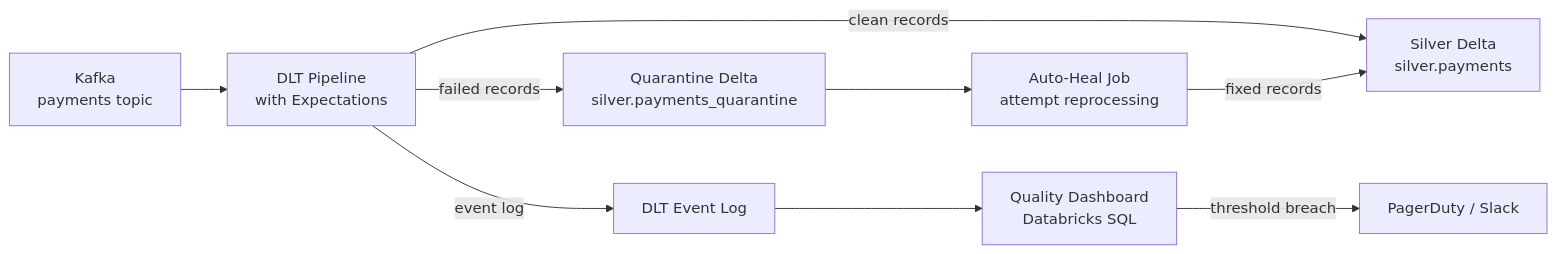
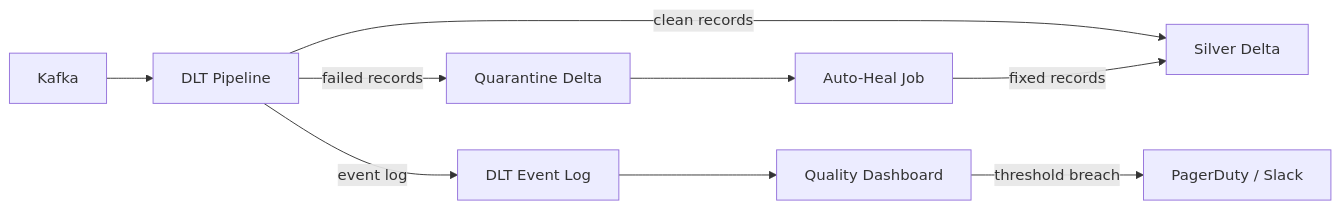
The diagram in 10-scenarios/05-streaming-quality-pipeline.md (gcmishra7/data-engineering-helper), drawn with Mermaid before and after one commit. The commit also changed other lines of this file and 57 other files, not shown here.

First line of the commit message:
Shorten mermaid node labels to fix text truncation on GitHub

````diff
--- a/10-scenarios/05-streaming-quality-pipeline.md
+++ b/10-scenarios/05-streaming-quality-pipeline.md
@@ -10,11 +10,11 @@
 ```mermaid
 graph LR
-    K[Kafka<br/>payments topic] --> DLT[DLT Pipeline<br/>with Expectations]
-    DLT -->|clean records| S[Silver Delta<br/>silver.payments]
-    DLT -->|failed records| Q[Quarantine Delta<br/>silver.payments_quarantine]
+    K[Kafka] --> DLT[DLT Pipeline]
+    DLT -->|clean records| S[Silver Delta]
+    DLT -->|failed records| Q[Quarantine Delta]
     DLT -->|event log| EL[DLT Event Log]
-    EL --> MON[Quality Dashboard<br/>Databricks SQL]
+    EL --> MON[Quality Dashboard]
     MON -->|threshold breach| ALERT[PagerDuty / Slack]
-    Q --> HEAL[Auto-Heal Job<br/>attempt reprocessing]
+    Q --> HEAL[Auto-Heal Job]
     HEAL -->|fixed records| S
 ```
````
